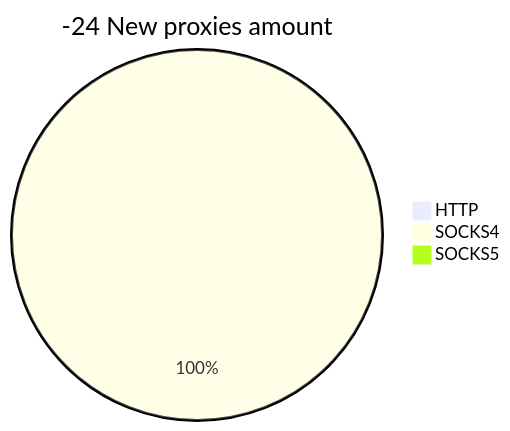
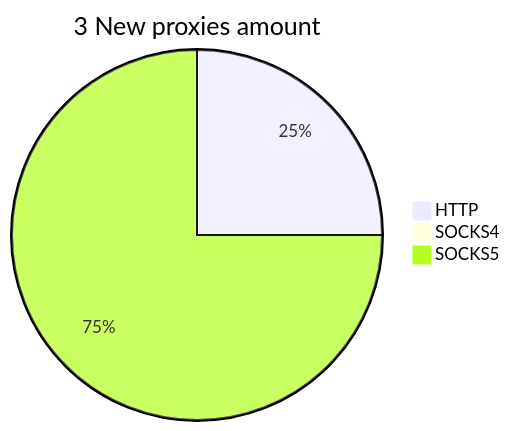
One commit to cutipu/proxylist changed the second of 2 diagrams in README.md. Above: the diagram before and after it, drawn with Mermaid. The commit also changed other lines of this file, not shown here.

````diff
--- a/README.md
+++ b/README.md
@@ -10,6 +10,6 @@
 ```mermaid
-pie title -24 New proxies amount
-    "HTTP" : 0
-    "SOCKS4" : 1
-    "SOCKS5" : 0
+pie title 3 New proxies amount
+    "HTTP" : 1
+    "SOCKS4" : 0
+    "SOCKS5" : 3
 ```
````
